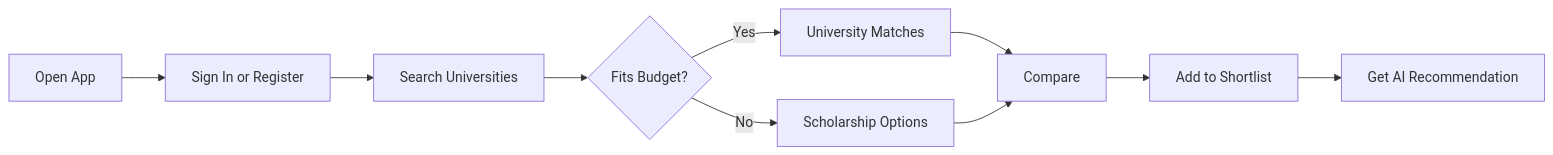
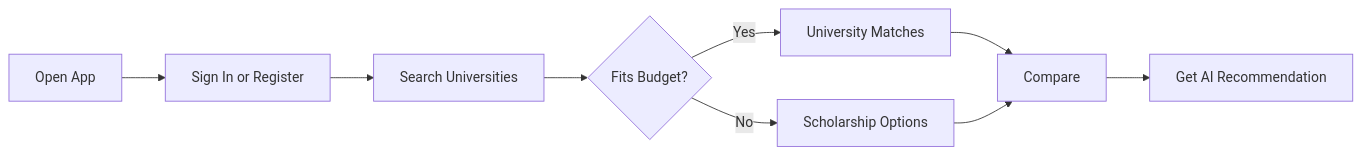
One commit to AbdulAzeemHashmi/pak-university-advisor changed the diagram in README.md. Above: the diagram before and after it, drawn with Mermaid. The commit also changed other lines of this file, not shown here.

````diff
--- a/README.md
+++ b/README.md
@@ -53,12 +51,11 @@
 ```mermaid
 flowchart LR
     A[Open App] --> B[Sign In or Register]
     B --> C[Search Universities]
     C --> D{Fits Budget?}
     D -->|Yes| E[University Matches]
     D -->|No| F[Scholarship Options]
     E --> G[Compare]
     F --> G
-    G --> H[Add to Shortlist]
-    H --> I[Get AI Recommendation]
+    G --> I[Get AI Recommendation]
 ```
````
